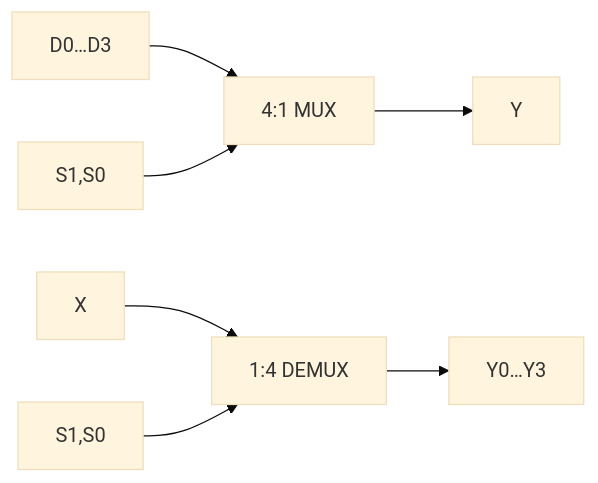
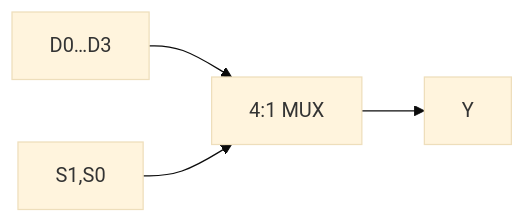
The first of 2 diagrams in chapters/03-combinational-circuits.md (tacona1016/lecture), drawn with Mermaid (base theme) before and after one commit. The commit also changed other lines of this file and 15 other files, not shown here.

````diff
--- a/chapters/03-combinational-circuits.md
+++ b/chapters/03-combinational-circuits.md
@@ -60,7 +63,5 @@
 ```mermaid
 flowchart LR
   D["D0…D3"] --> M["4:1 MUX"] --> Y["Y"]
   S["S1,S0"] --> M
-  X["X"] --> U["1:4 DEMUX"] --> O["Y0…Y3"]
-  T["S1,S0"] --> U
 ```
````
